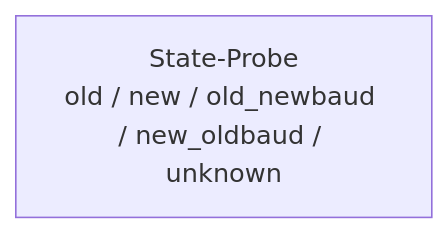
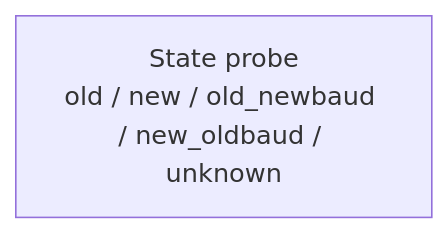
One commit to me-systeme/StartupCAN changed diagram 12 of 12 in README.md. Above: the diagram before and after it, drawn with Mermaid. The commit also changed other lines of this file and 10 other files, not shown here.

````diff
--- a/README.md
+++ b/README.md
@@ -417,4 +581,4 @@
 ```mermaid
 flowchart TD
-A["State-Probe<br/>old / new / old_newbaud / new_oldbaud / unknown"]
+A["State probe<br/>old / new / old_newbaud / new_oldbaud / unknown"]
 ```
````
